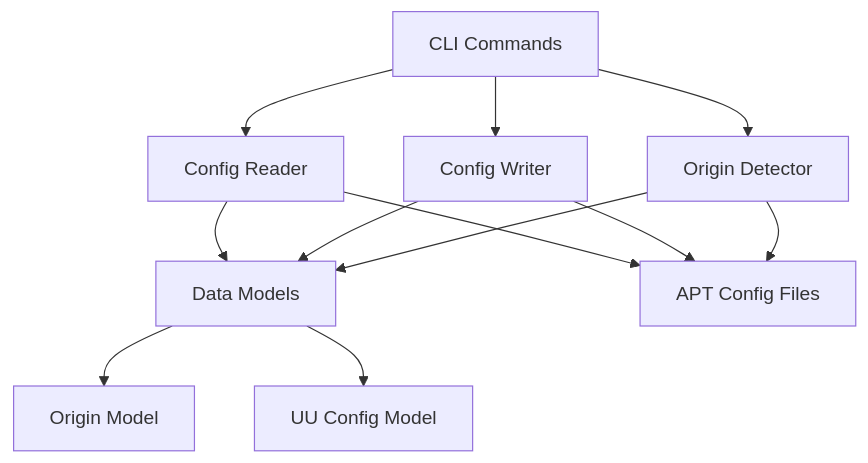
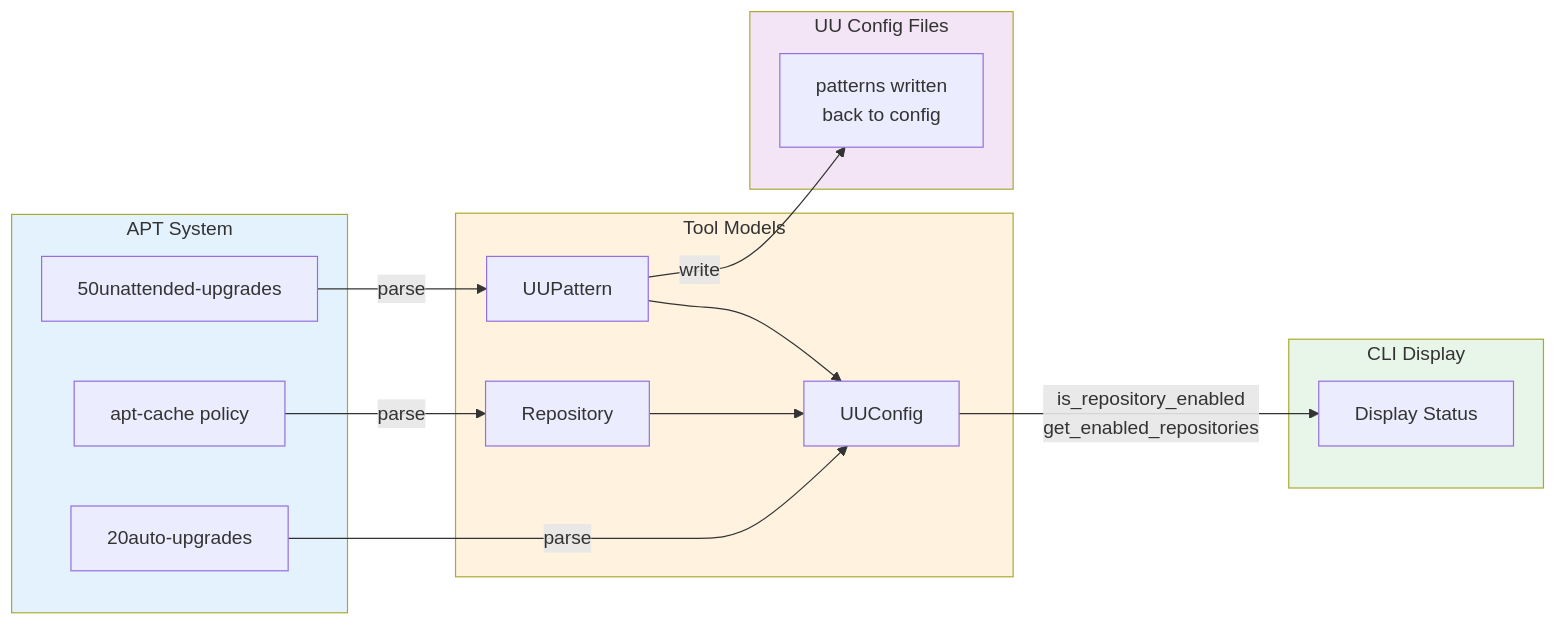
Before and after one commit to bcelary/apt-uu-config: the second of 2 diagrams in docs/ARCHITECTURE.md, drawn with Mermaid. The commit also changed other lines of this file and 34 other files, not shown here.

First line of the commit message:
docs: update README and CLAUDE to clarify installation and status display

````diff
--- a/docs/ARCHITECTURE.md
+++ b/docs/ARCHITECTURE.md
@@ -13,17 +165,35 @@
 ```mermaid
-graph TD
-    CLI[CLI Commands] --> ConfigReader[Config Reader]
-    CLI --> ConfigWriter[Config Writer]
-    CLI --> OriginDetector[Origin Detector]
+flowchart LR
+    subgraph APT["APT System"]
+        AP[apt-cache policy]
+        UU50[50unattended-upgrades]
+        UU20[20auto-upgrades]
+    end
 
-    ConfigReader --> Models[Data Models]
-    ConfigWriter --> Models
-    OriginDetector --> Models
+    subgraph Models["Tool Models"]
+        R[Repository]
+        P[UUPattern]
+        C[UUConfig]
+    end
 
-    ConfigReader --> APT[APT Config Files]
-    ConfigWriter --> APT
-    OriginDetector --> APT
+    subgraph Config["UU Config Files"]
+        OUT[patterns written<br/>back to config]
+    end
 
-    Models --> Origin[Origin Model]
-    Models --> UUConfig[UU Config Model]
+    subgraph CLI["CLI Display"]
+        D[Display Status]
+    end
+
+    AP -->|parse| R
+    UU50 -->|parse| P
+    UU20 -->|parse| C
+    P -->|write| OUT
+    R --> C
+    P --> C
+    C -->|is_repository_enabled<br/>get_enabled_repositories| D
+
+    style APT fill:#e3f2fd
+    style Models fill:#fff3e0
+    style Config fill:#f3e5f5
+    style CLI fill:#e8f5e9
 ```
````
